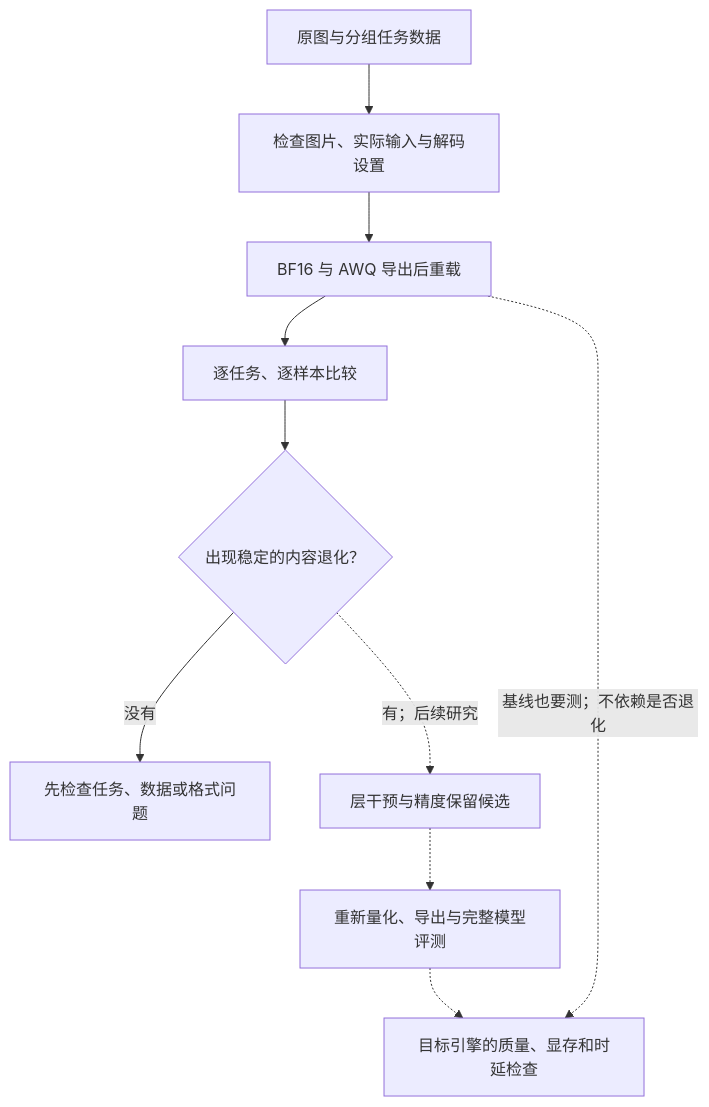
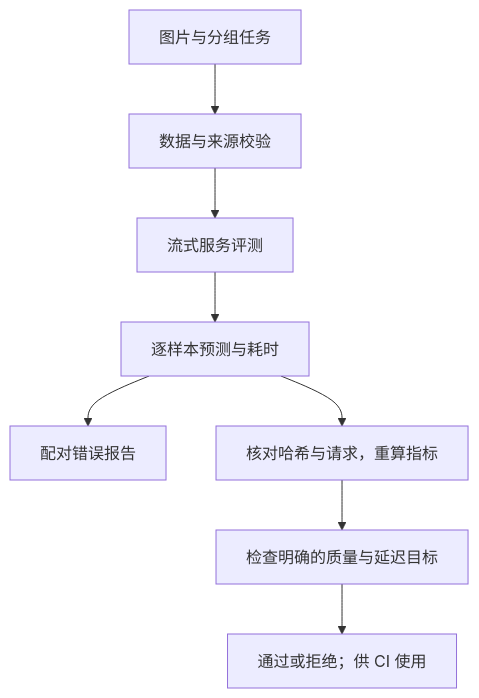
The diagram in docs/design.zh-CN.md (crown-sports/vlm-precision-lab), drawn with Mermaid before and after one commit. The commit also changed other lines of this file and 23 other files, not shown here.

````diff
--- a/docs/design.zh-CN.md
+++ b/docs/design.zh-CN.md
@@ -35,12 +8,10 @@
 ```mermaid
 flowchart TD
-    A[原图与分组任务数据] --> B[检查图片、实际输入与解码设置]
-    B --> C[BF16 与 AWQ 导出后重载]
-    C --> D[逐任务、逐样本比较]
-    D --> E{出现稳定的内容退化？}
-    E -->|没有| F[先检查任务、数据或格式问题]
-    E -.->|有；后续研究| G[层干预与精度保留候选]
-    G -.-> H[重新量化、导出与完整模型评测]
-    H -.-> I[目标引擎的质量、显存和时延检查]
-    C -.->|基线也要测；不依赖是否退化| I
+    A[图片与分组任务] --> B[数据与来源校验]
+    B --> C[流式服务评测]
+    C --> D[逐样本预测与耗时]
+    D --> E[配对错误报告]
+    D --> F[核对哈希与请求，重算指标]
+    F --> G[检查明确的质量与延迟目标]
+    G --> H[通过或拒绝；供 CI 使用]
 ```
````
